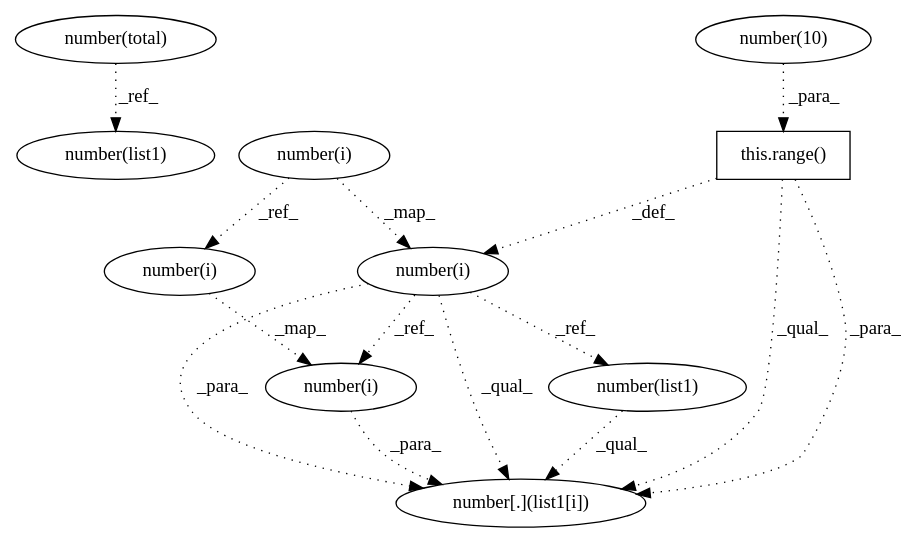
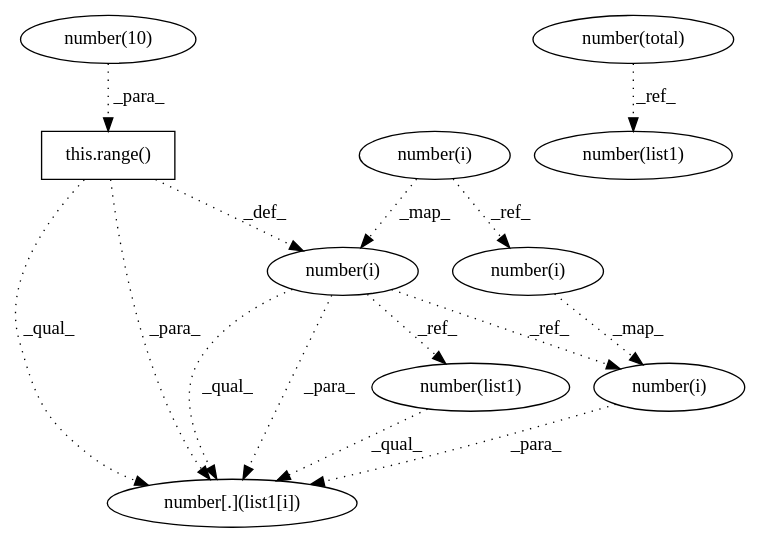
One commit to maldil/R-CPATMiner changed the diagram in AtomicASTChangeMining/OUTPUT/DEBUG/0e6dc83aa7b89425cf740288a2c7272967a4a8f5___1.dot. Above: the diagram before and after it, drawn with Graphviz. The commit also changed 76 other files, not shown here.

```diff
--- a/AtomicASTChangeMining/OUTPUT/DEBUG/0e6dc83aa7b89425cf740288a2c7272967a4a8f5___1.dot
+++ b/AtomicASTChangeMining/OUTPUT/DEBUG/0e6dc83aa7b89425cf740288a2c7272967a4a8f5___1.dot
@@ -1,26 +1,26 @@
 digraph G {
-1 [label="number(list1)" shape=ellipse]
-2 [label="number(10)" shape=ellipse]
-3 [label="number(i)" shape=ellipse]
-4 [label="number(i)" shape=ellipse]
+1 [label="number(10)" shape=ellipse]
+2 [label="number(i)" shape=ellipse]
+3 [label="number[.](list1[i])" shape=ellipse]
+4 [label="number(list1)" shape=ellipse]
 5 [label="number(i)" shape=ellipse]
 6 [label="number(list1)" shape=ellipse]
-7 [label="this.range()" shape=box]
+7 [label="number(total)" shape=ellipse]
 8 [label="number(i)" shape=ellipse]
-9 [label="number[.](list1[i])" shape=ellipse]
-10 [label="number(total)" shape=ellipse]
-10 -> 1 [label="_ref_" style=dotted];
-7 -> 3 [label="_def_" style=dotted];
-8 -> 3 [label="_map_" style=dotted];
-3 -> 4 [label="_ref_" style=dotted];
-5 -> 4 [label="_map_" style=dotted];
-8 -> 5 [label="_ref_" style=dotted];
-3 -> 6 [label="_ref_" style=dotted];
-2 -> 7 [label="_para_" style=dotted];
-6 -> 9 [label="_qual_" style=dotted];
-4 -> 9 [label="_para_" style=dotted];
-3 -> 9 [label="_para_" style=dotted];
-7 -> 9 [label="_para_" style=dotted];
-3 -> 9 [label="_qual_" style=dotted];
-7 -> 9 [label="_qual_" style=dotted];
+9 [label="this.range()" shape=box]
+10 [label="number(i)" shape=ellipse]
+6 -> 3 [label="_qual_" style=dotted];
+8 -> 3 [label="_para_" style=dotted];
+5 -> 3 [label="_qual_" style=dotted];
+9 -> 3 [label="_qual_" style=dotted];
+5 -> 3 [label="_para_" style=dotted];
+9 -> 3 [label="_para_" style=dotted];
+7 -> 4 [label="_ref_" style=dotted];
+9 -> 5 [label="_def_" style=dotted];
+2 -> 5 [label="_map_" style=dotted];
+5 -> 6 [label="_ref_" style=dotted];
+5 -> 8 [label="_ref_" style=dotted];
+10 -> 8 [label="_map_" style=dotted];
+1 -> 9 [label="_para_" style=dotted];
+2 -> 10 [label="_ref_" style=dotted];
 }
```
